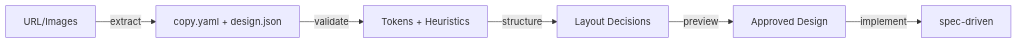
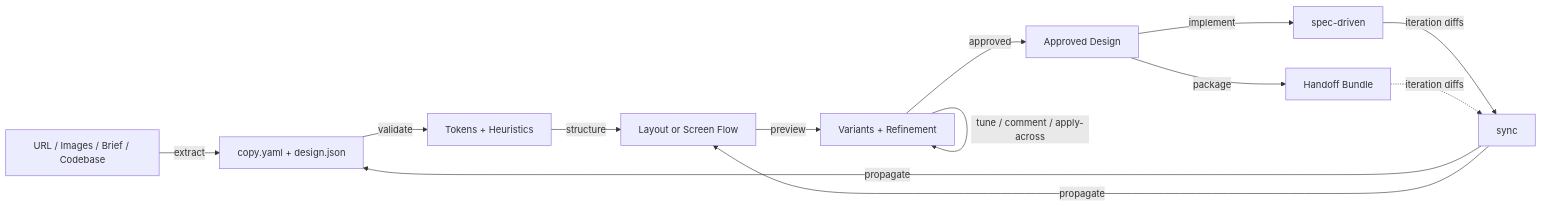
The diagram in skills/(design)/design-builder/README.md (adeonir/agent-skills), drawn with Mermaid before and after one commit. The commit also changed other lines of this file and 13 other files, not shown here.

First line of the commit message:
feat: expand design-builder for screens, sync, handoff, and refinement

````diff
--- a/skills/(design)/design-builder/README.md
+++ b/skills/(design)/design-builder/README.md
@@ -13,8 +13,15 @@
 ```mermaid
 flowchart LR
-    A[URL/Images] -->|extract| B[copy.yaml + design.json]
+    A[URL / Images / Brief / Codebase] -->|extract| B[copy.yaml + design.json]
     B -->|validate| C[Tokens + Heuristics]
-    C -->|structure| D[Layout Decisions]
-    D -->|preview| E[Approved Design]
-    E -->|implement| F[spec-driven]
+    C -->|structure| D[Layout or Screen Flow]
+    D -->|preview| E[Variants + Refinement]
+    E -->|tune / comment / apply-across| E
+    E -->|approved| F[Approved Design]
+    F -->|implement| G[spec-driven]
+    F -->|package| H[Handoff Bundle]
+    G -->|iteration diffs| I[sync]
+    H -.->|iteration diffs| I
+    I -->|propagate| B
+    I -->|propagate| D
 ```
````
